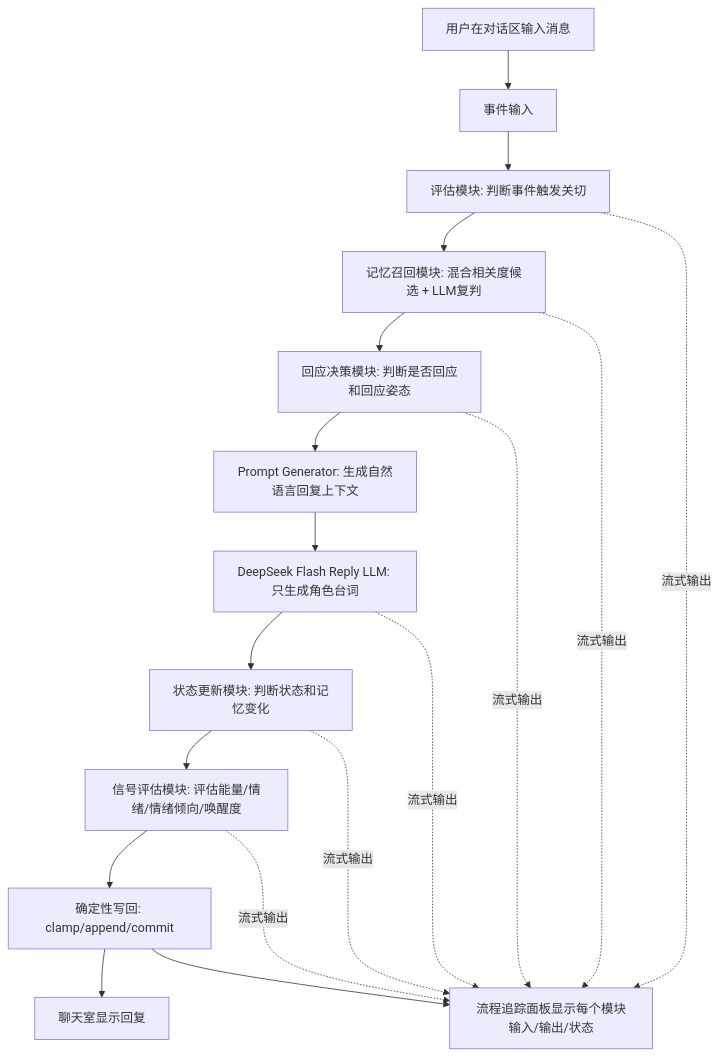
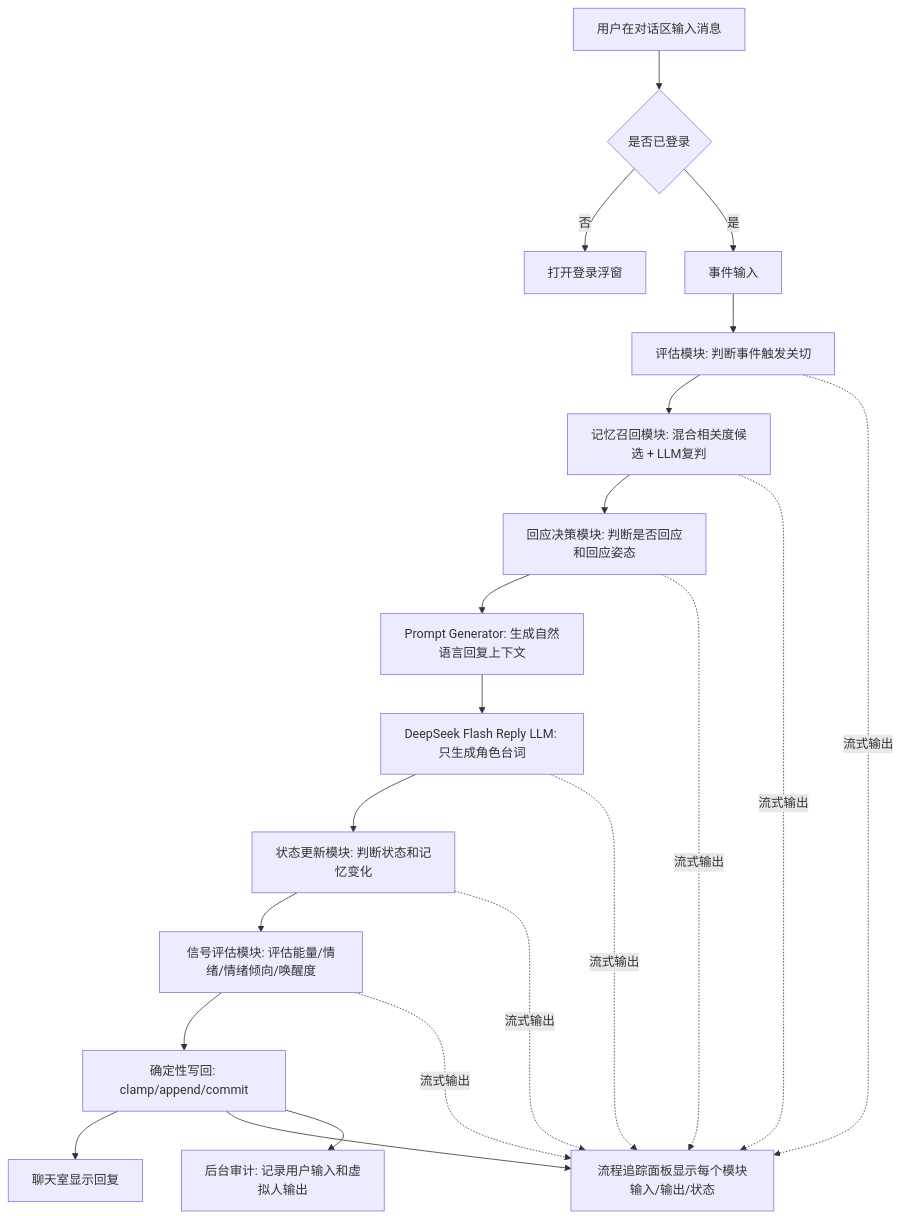
One commit to ttmanthatman/virtual-human-flow changed the fourth of 30 diagrams in docs/SYSTEM_FLOW.md. Above: the diagram before and after it, drawn with Mermaid. The commit also changed other lines of this file and 13 other files, not shown here.

Commit message:
feat: add liao auth and audit logging

````diff
--- a/docs/SYSTEM_FLOW.md
+++ b/docs/SYSTEM_FLOW.md
@@ -92,20 +98,23 @@
 ```mermaid
 flowchart TD
-    U[用户在对话区输入消息] --> E[事件输入]
+    U[用户在对话区输入消息] --> AUTH{是否已登录}
+    AUTH -- 否 --> LOGIN[打开登录浮窗]
+    AUTH -- 是 --> E[事件输入]
     E --> A[评估模块: 判断事件触发关切]
     A --> M[记忆召回模块: 混合相关度候选 + LLM复判]
     M --> D[回应决策模块: 判断是否回应和回应姿态]
     D --> P[Prompt Generator: 生成自然语言回复上下文]
     P --> R[DeepSeek Flash Reply LLM: 只生成角色台词]
     R --> S[状态更新模块: 判断状态和记忆变化]
     S --> G[信号评估模块: 评估能量/情绪/情绪倾向/唤醒度]
     G --> W[确定性写回: clamp/append/commit]
     W --> C[聊天室显示回复]
     W --> T[流程追踪面板显示每个模块输入/输出/状态]
+    W --> AUDIT[后台审计: 记录用户输入和虚拟人输出]
     A -. 流式输出 .-> T
     M -. 流式输出 .-> T
     D -. 流式输出 .-> T
     R -. 流式输出 .-> T
     S -. 流式输出 .-> T
     G -. 流式输出 .-> T
 ```
````
